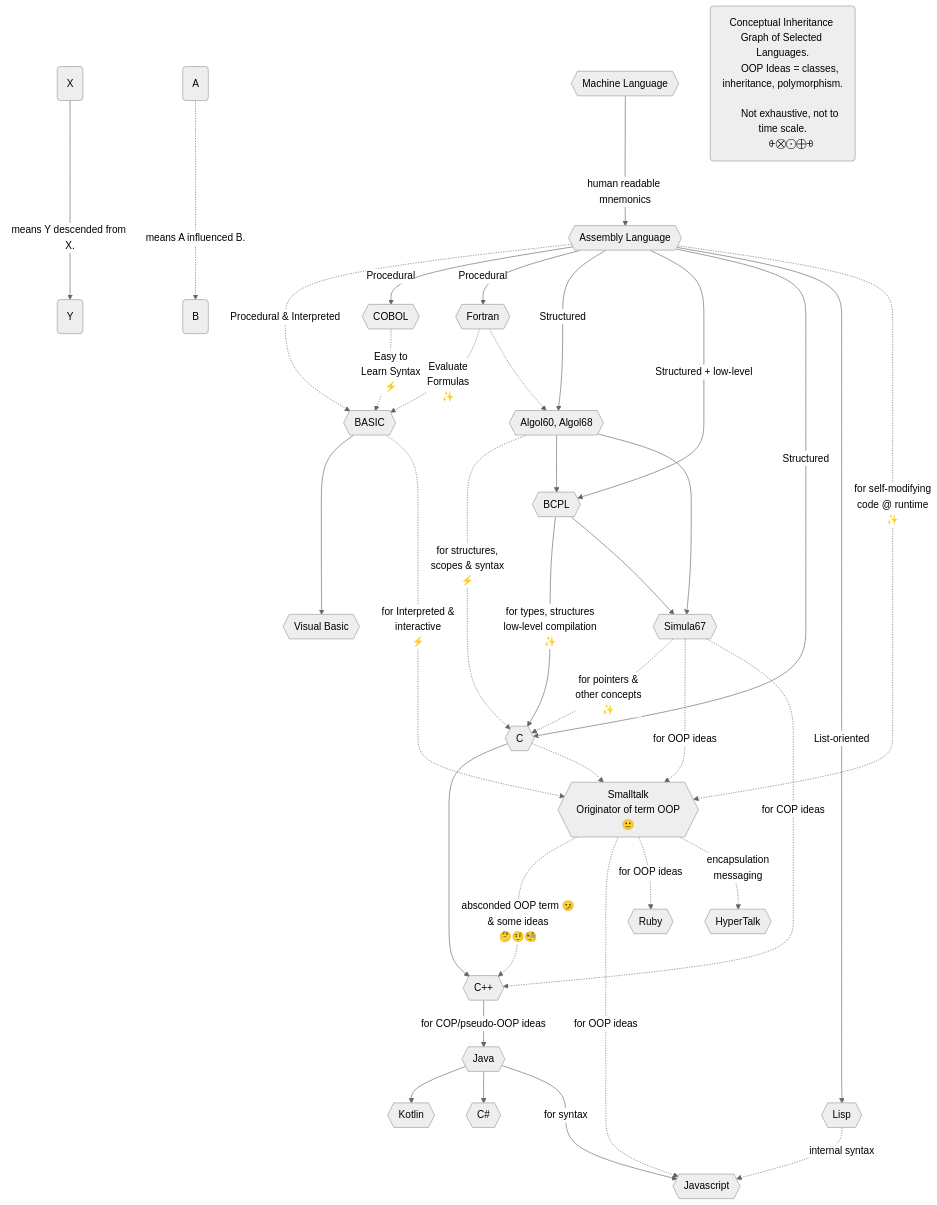
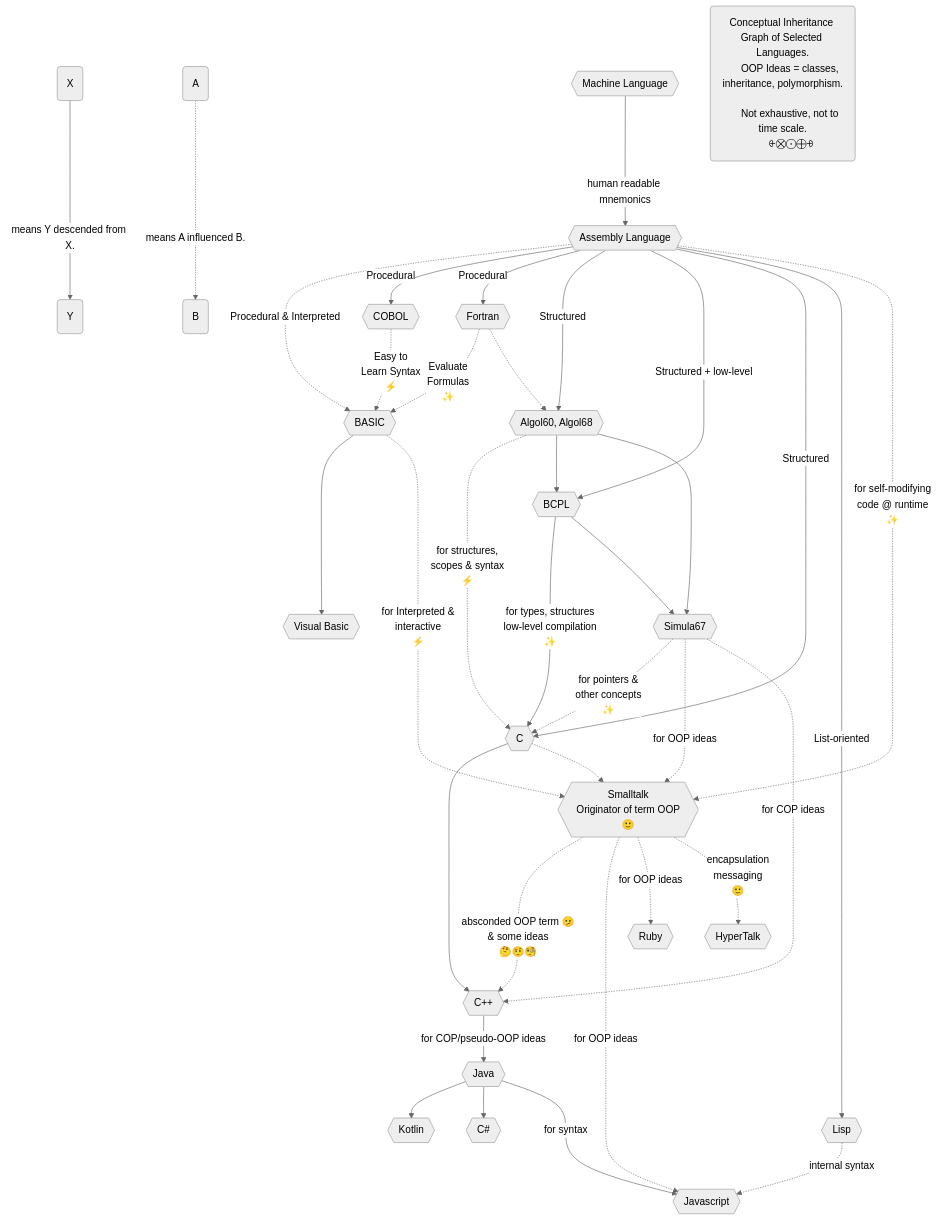
One commit to realityexpander/How_to_program_from_ground_up changed the diagram in 13-Conclusion.md. Above: the diagram before and after it, drawn with Mermaid (neutral theme).

Commit message:
improve conclusion

````diff
--- a/13-Conclusion.md
+++ b/13-Conclusion.md
@@ -73,73 +73,74 @@
   ```mermaid
     graph TB
         MachineLanguage{{Machine Language}} -->|human readable mnemonics| AssemblyLanguage
         AssemblyLanguage{{Assembly Language}} -.->|Procedural & Interpreted|Basic
         AssemblyLanguage{{Assembly Language}} -->|Procedural|COBOL
         AssemblyLanguage{{Assembly Language}} -->|Procedural|Fortran
         AssemblyLanguage{{Assembly Language}} -->|Structured|Algol68
         AssemblyLanguage{{Assembly Language}} -->|Structured + low-level|BCPL
         AssemblyLanguage{{Assembly Language}} -->|Structured|C
         AssemblyLanguage{{Assembly Language}} -->|List-oriented|Lisp
         
         COBOL{{"COBOL"}} -.->|"Easy to
                               Learn Syntax
                               ⚡️️"|Basic
         Basic{{"BASIC"}} ---> VisualBasic
         Fortran{{"Fortran"}} -.->|"Evaluate 
                                   Formulas
                                   ✨"|Basic
         Algol68{{Algol60, Algol68}} -.->|"for structures, 
                                 scopes & syntax
                                 ⚡️️
                                 "|C
         BCPL{{"BCPL"}} -->|"for types, structures 
                             low-level compilation
                             ✨"|C
         Algol68 --> BCPL 
         BCPL --> Simula67
         Algol68 --> Simula67
         Simula67{{"Simula67"}} -.->|"for pointers & 
                                     other concepts
                                     ✨"|C
         Simula67 -.->|for OOP ideas|Smalltalk
         C{{"C"}} -->Cplusplus
         C -.->Smalltalk
         Simula67 -.->|for COP ideas|Cplusplus
         Cplusplus{{"C++"}} -->|for COP/pseudo-OOP ideas|Java
         Smalltalk -..->|"absconded OOP term 🫤 
                         & some ideas
                         🤔🤨🧐"|Cplusplus
         Java{{Java}} -->Kotlin
         Java -->CSharp
         CSharp{{"C#"}}
         Fortran -.->Algol68
         Smalltalk{{"Smalltalk
                   Originator of term OOP
                   🙂"}} -.->|for OOP ideas|Javascript
         Smalltalk -.->|for OOP ideas|Ruby
         Smalltalk -.->|"encapsulation
-                       messaging"|HyperTalk
+                       messaging
+                       🙂"|HyperTalk
         Basic -.-> |"for Interpreted & 
                     interactive
                     ⚡️"|Smalltalk
         AssemblyLanguage-.->|"for self-modifying 
                               code @ runtime
                               ✨"|Smalltalk
         
         Lisp{{"Lisp"}} -.->|internal syntax|Javascript
         Java--->|for syntax|Javascript
         Kotlin{{Kotlin}}
         Ruby{{Ruby}}
         HyperTalk{{HyperTalk}}
         Javascript{{Javascript}}
         VisualBasic{{"Visual Basic"}}
     
     X("X") ---> |means Y descended from X.| Y("Y")
     A("A") -..-> |means A influenced B.| B("B")
     Note("Conceptual Inheritance Graph of Selected Languages.
           OOP Ideas = classes, inheritance, polymorphism.
           
           Not exhaustive, not to time scale.
           ⨭⨂⨀⨁⨮")
     
   ```
````
